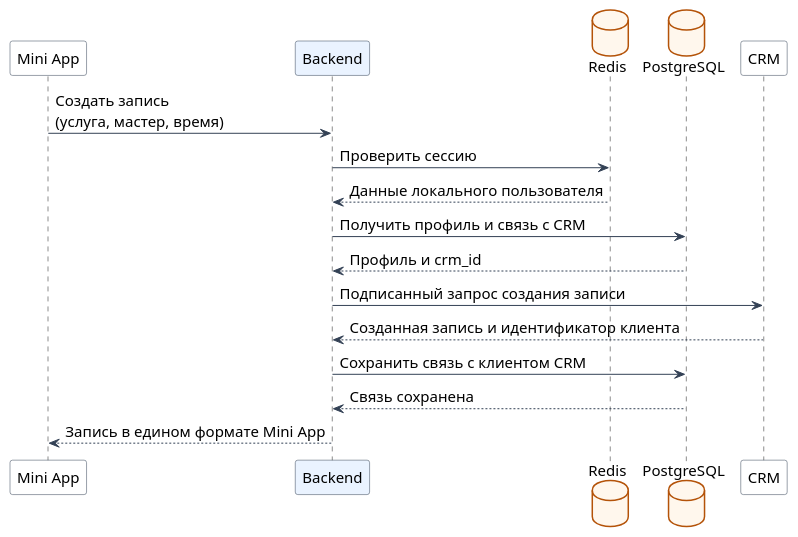
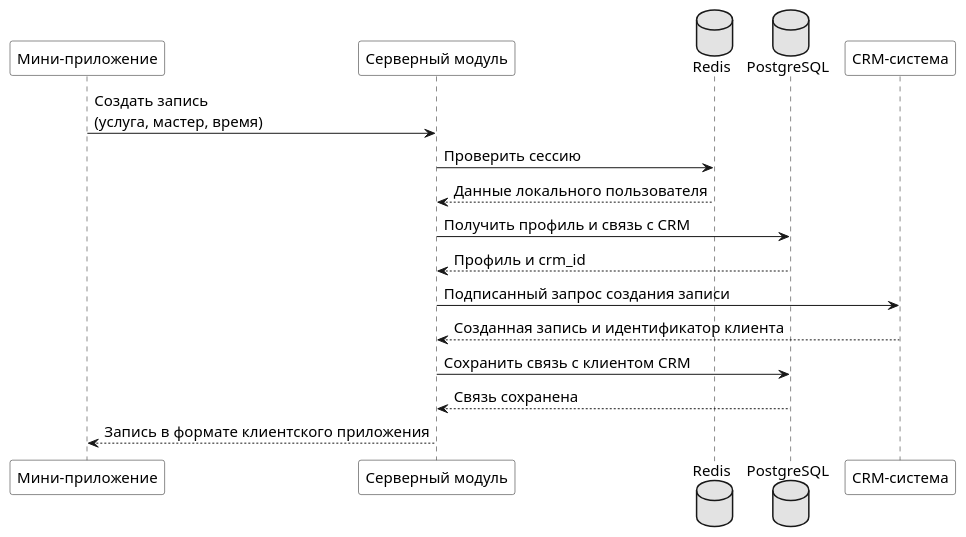
The diagram in assets/images/explanatory-note/data-transfer-flow.puml (groza1338/final-qualifying-work-docs), drawn with PlantUML before and after one commit. The commit also changed 14 other files, not shown here.

```diff
--- a/assets/images/explanatory-note/data-transfer-flow.puml
+++ b/assets/images/explanatory-note/data-transfer-flow.puml
@@ -1,30 +1,27 @@
 @startuml
+
+skinparam monochrome true
 
 skinparam backgroundColor white
 skinparam shadowing false
 skinparam defaultFontName Arial
 skinparam defaultFontSize 15
-skinparam ArrowColor #334155
-skinparam LifeLineBorderColor #94A3B8
-skinparam ParticipantBorderColor #334155
 skinparam ParticipantBackgroundColor white
-skinparam DatabaseBorderColor #B45309
-skinparam DatabaseBackgroundColor #FFF7ED
 
-participant "Mini App" as mini
-participant "Backend" as backend #EAF3FF
+participant "Мини-приложение" as mini
+participant "Серверный модуль" as backend
 database "Redis" as redis
 database "PostgreSQL" as postgres
-participant "CRM" as crm
+participant "CRM-система" as crm
 
 mini -> backend : Создать запись\n(услуга, мастер, время)
 backend -> redis : Проверить сессию
 redis --> backend : Данные локального пользователя
 backend -> postgres : Получить профиль и связь с CRM
 postgres --> backend : Профиль и crm_id
 backend -> crm : Подписанный запрос создания записи
 crm --> backend : Созданная запись и идентификатор клиента
 backend -> postgres : Сохранить связь с клиентом CRM
 postgres --> backend : Связь сохранена
-backend --> mini : Запись в едином формате Mini App
+backend --> mini : Запись в формате клиентского приложения
 @enduml
```
